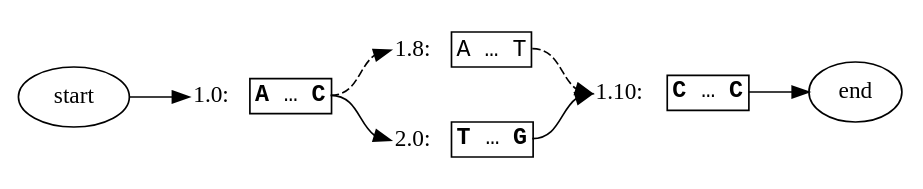
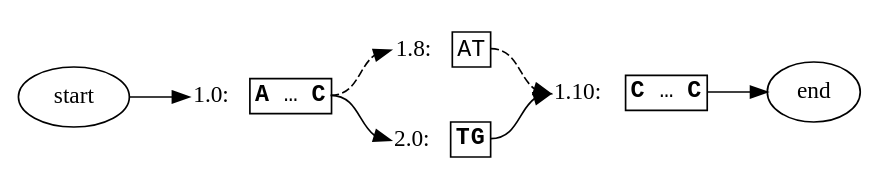
The diagram in docs/figures/figure_2_minimized.dot (ginkgobioworks/gen), drawn with Graphviz before and after one commit. The commit also changed 2 other files, not shown here.

```diff
--- a/docs/figures/figure_2_minimized.dot
+++ b/docs/figures/figure_2_minimized.dot
@@ -1,78 +1,78 @@
 strict digraph "" {
-	graph [bb="0,0,486.75,90",
+	graph [bb="0,0,464.75,90",
 		overlap=scale,
 		rankdir=LR,
 		splines=true
 	];
 	node [label="\N"];
 	source	[end=-1,
 		height=0.5,
 		label=start,
 		original_node=source,
 		pos="27,45",
 		width=0.75];
 	1.0	[end=7,
 		height=0.5,
 		highlights="[True, True, True, True, True, True, True, True]",
 		label=<<TABLE BORDER='0' CELLBORDER='1' CELLSPACING='0'><TR><TD BORDER='0' PORT='caption'>1.0:&nbsp;</TD><TD><FONT FACE='Courier New'><B>A</B>&nbsp;…&nbsp;<B>C</B></FONT></TD></TR></TABLE>>,
 		margin=0,
 		original_node=1,
 		pos="128,45",
 		sequence=ATGTATAC,
 		shape=none,
 		start=0,
 		width=1.0556];
 	source:e -> 1.0:caption	[pos="e,90,45 54,45 65.375,45 70.685,45 78.553,45",
 		reference=False];
 	1.8	[end=9,
 		height=0.5,
 		highlights="[False, False]",
-		label=<<TABLE BORDER='0' CELLBORDER='1' CELLSPACING='0'><TR><TD BORDER='0' PORT='caption'>1.8:&nbsp;</TD><TD><FONT FACE='Courier New'>A&nbsp;…&nbsp;T</FONT></TD></TR></TABLE>>,
+		label=<<TABLE BORDER='0' CELLBORDER='1' CELLSPACING='0'><TR><TD BORDER='0' PORT='caption'>1.8:&nbsp;</TD><TD><FONT FACE='Courier New'>AT</FONT></TD></TR></TABLE>>,
 		margin=0,
 		original_node=1,
-		pos="240,72",
+		pos="229,72",
 		sequence=AT,
 		shape=none,
 		start=8,
-		width=1.0556];
-	1.0:e -> 1.8:caption	[pos="e,202,72 166,45 181.31,45 182.56,60.827 191.27,68.246",
+		width=0.75];
+	1.0:e -> 1.8:caption	[pos="e,202.38,72 166,45 181.41,45 182.75,60.827 191.56,68.246",
 		reference=True,
 		style=dashed];
 	2.0	[end=1,
 		height=0.5,
 		highlights="[True, True]",
-		label=<<TABLE BORDER='0' CELLBORDER='1' CELLSPACING='0'><TR><TD BORDER='0' PORT='caption'>2.0:&nbsp;</TD><TD><FONT FACE='Courier New'><B>T</B>&nbsp;…&nbsp;<B>G</B></FONT></TD></TR></TABLE>>,
+		label=<<TABLE BORDER='0' CELLBORDER='1' CELLSPACING='0'><TR><TD BORDER='0' PORT='caption'>2.0:&nbsp;</TD><TD><FONT FACE='Courier New'><B>T</B><B>G</B></FONT></TD></TR></TABLE>>,
 		margin=0,
 		original_node=2,
-		pos="240,18",
+		pos="229,18",
 		sequence=TG,
 		shape=none,
 		start=0,
-		width=1.0556];
-	1.0:e -> 2.0:caption	[pos="e,202,18 166,45 181.31,45 182.56,29.173 191.27,21.754",
+		width=0.75];
+	1.0:e -> 2.0:caption	[pos="e,202.38,18 166,45 181.41,45 182.75,29.173 191.56,21.754",
 		reference=False];
 	1.10	[end=15,
 		height=0.5,
 		highlights="[True, True, True, True, True, True]",
 		label=<<TABLE BORDER='0' CELLBORDER='1' CELLSPACING='0'><TR><TD BORDER='0' PORT='caption'>1.10:&nbsp;</TD><TD><FONT FACE='Courier New'><B>C</B>&nbsp;…&nbsp;<B>C</B></FONT></TD></TR></TABLE>>,
 		margin=0,
 		original_node=1,
-		pos="355.38,45",
+		pos="333.38,45",
 		sequence=CACGGC,
 		shape=none,
 		start=10,
 		width=1.1493];
-	1.8:e -> 1.10:caption	[pos="e,314,45 278,72 293.31,72 294.56,56.173 303.27,48.754",
+	1.8:e -> 1.10:caption	[pos="e,292,45 256,72 271.31,72 272.56,56.173 281.27,48.754",
 		reference=True,
 		style=dashed];
-	2.0:e -> 1.10:caption	[pos="e,314,45 278,18 293.31,18 294.56,33.827 303.27,41.246",
+	2.0:e -> 1.10:caption	[pos="e,292,45 256,18 271.31,18 272.56,33.827 281.27,41.246",
 		reference=False];
 	sink	[height=0.5,
 		label=end,
 		original_node=sink,
-		pos="459.75,45",
+		pos="437.75,45",
 		start=0,
 		width=0.75];
-	1.10:e -> sink:caption	[pos="e,432.5,45 396.75,45 404.63,45 413.08,45 421.12,45",
+	1.10:e -> sink:caption	[pos="e,410.5,45 374.75,45 382.63,45 391.08,45 399.12,45",
 		reference=False];
 }
```
